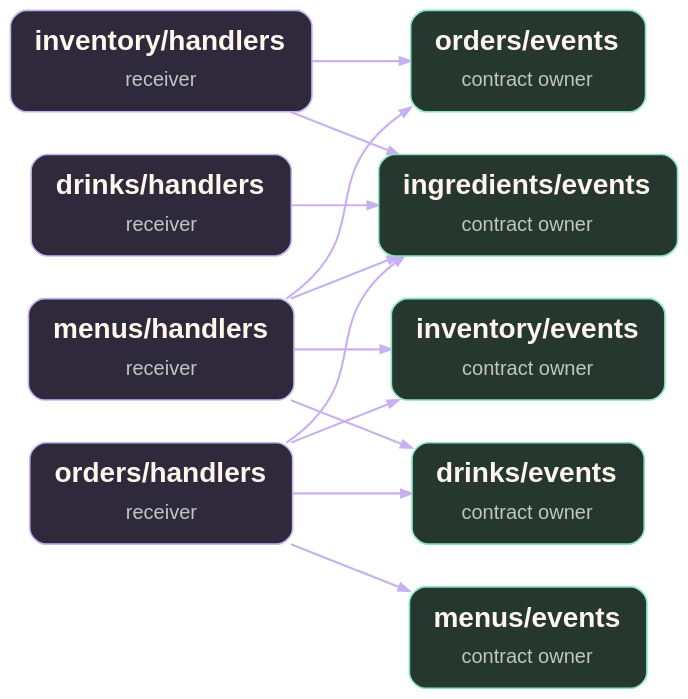
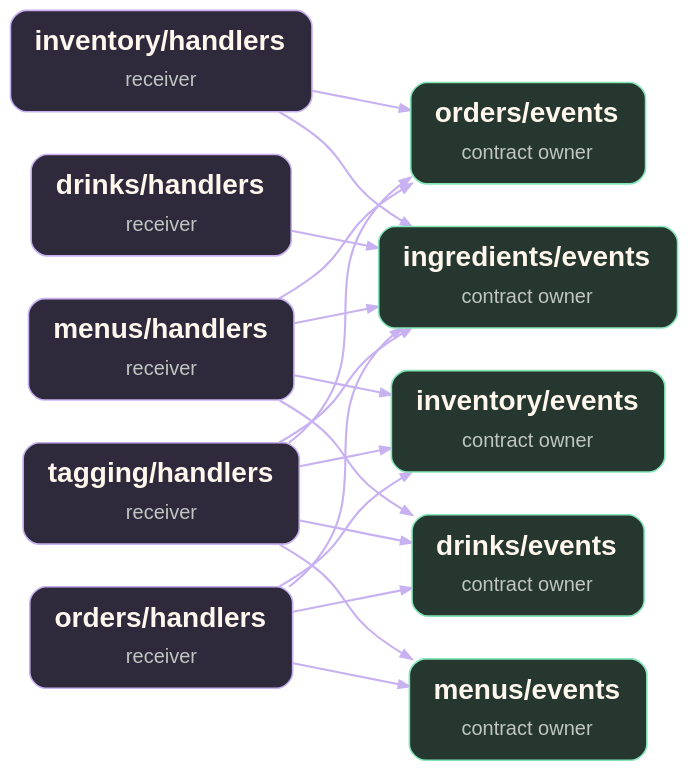
Before and after one commit to TheFellow/TheFellow.github.io: the diagram in assets/diagrams/explicit-architecture/08-event-imports.dot, drawn with Graphviz. The commit also changed 70 other files, not shown here.

```diff
--- a/assets/diagrams/explicit-architecture/08-event-imports.dot
+++ b/assets/diagrams/explicit-architecture/08-event-imports.dot
@@ -1,26 +1,32 @@
 digraph G {
 graph [bgcolor="transparent", rankdir=LR, pad=0.15, nodesep=0.45, ranksep=0.7, splines=spline, outputorder=edgesfirst];
 node [shape=box, style="rounded,filled", color="#466879", fillcolor="#21333e", fontcolor="#fff6ed", fontname="Arial", fontsize=21, margin="0.20,0.14", penwidth=1.2];
 edge [color="#c8b1f1", arrowsize=0.8, penwidth=1.6];
-"drinks_h" [label=<<TABLE BORDER="0" CELLBORDER="0" CELLSPACING="0" CELLPADDING="4"><TR><TD><B>drinks/handlers</B></TD></TR><TR><TD><FONT POINT-SIZE="15" COLOR="#c1c6c4">receiver</FONT></TD></TR></TABLE>>, fillcolor="#2e293b", color="#c8b1f1", URL="https://github.com/TheFellow/go-modular-monolith/blob/a7c2efda8c0cd905089a27060242ff841bb0ad41/app/domains/drinks/handlers", target="_blank"];
-"inventory_h" [label=<<TABLE BORDER="0" CELLBORDER="0" CELLSPACING="0" CELLPADDING="4"><TR><TD><B>inventory/handlers</B></TD></TR><TR><TD><FONT POINT-SIZE="15" COLOR="#c1c6c4">receiver</FONT></TD></TR></TABLE>>, fillcolor="#2e293b", color="#c8b1f1", URL="https://github.com/TheFellow/go-modular-monolith/blob/a7c2efda8c0cd905089a27060242ff841bb0ad41/app/domains/inventory/handlers", target="_blank"];
-"menus_h" [label=<<TABLE BORDER="0" CELLBORDER="0" CELLSPACING="0" CELLPADDING="4"><TR><TD><B>menus/handlers</B></TD></TR><TR><TD><FONT POINT-SIZE="15" COLOR="#c1c6c4">receiver</FONT></TD></TR></TABLE>>, fillcolor="#2e293b", color="#c8b1f1", URL="https://github.com/TheFellow/go-modular-monolith/blob/a7c2efda8c0cd905089a27060242ff841bb0ad41/app/domains/menus/handlers", target="_blank"];
-"orders_h" [label=<<TABLE BORDER="0" CELLBORDER="0" CELLSPACING="0" CELLPADDING="4"><TR><TD><B>orders/handlers</B></TD></TR><TR><TD><FONT POINT-SIZE="15" COLOR="#c1c6c4">receiver</FONT></TD></TR></TABLE>>, fillcolor="#2e293b", color="#c8b1f1", URL="https://github.com/TheFellow/go-modular-monolith/blob/a7c2efda8c0cd905089a27060242ff841bb0ad41/app/domains/orders/handlers", target="_blank"];
-"ingredients_e" [label=<<TABLE BORDER="0" CELLBORDER="0" CELLSPACING="0" CELLPADDING="4"><TR><TD><B>ingredients/events</B></TD></TR><TR><TD><FONT POINT-SIZE="15" COLOR="#c1c6c4">contract owner</FONT></TD></TR></TABLE>>, fillcolor="#25372e", color="#84e5b9", URL="https://github.com/TheFellow/go-modular-monolith/blob/a7c2efda8c0cd905089a27060242ff841bb0ad41/app/domains/ingredients/events", target="_blank"];
-"drinks_e" [label=<<TABLE BORDER="0" CELLBORDER="0" CELLSPACING="0" CELLPADDING="4"><TR><TD><B>drinks/events</B></TD></TR><TR><TD><FONT POINT-SIZE="15" COLOR="#c1c6c4">contract owner</FONT></TD></TR></TABLE>>, fillcolor="#25372e", color="#84e5b9", URL="https://github.com/TheFellow/go-modular-monolith/blob/a7c2efda8c0cd905089a27060242ff841bb0ad41/app/domains/drinks/events", target="_blank"];
-"inventory_e" [label=<<TABLE BORDER="0" CELLBORDER="0" CELLSPACING="0" CELLPADDING="4"><TR><TD><B>inventory/events</B></TD></TR><TR><TD><FONT POINT-SIZE="15" COLOR="#c1c6c4">contract owner</FONT></TD></TR></TABLE>>, fillcolor="#25372e", color="#84e5b9", URL="https://github.com/TheFellow/go-modular-monolith/blob/a7c2efda8c0cd905089a27060242ff841bb0ad41/app/domains/inventory/events", target="_blank"];
-"menus_e" [label=<<TABLE BORDER="0" CELLBORDER="0" CELLSPACING="0" CELLPADDING="4"><TR><TD><B>menus/events</B></TD></TR><TR><TD><FONT POINT-SIZE="15" COLOR="#c1c6c4">contract owner</FONT></TD></TR></TABLE>>, fillcolor="#25372e", color="#84e5b9", URL="https://github.com/TheFellow/go-modular-monolith/blob/a7c2efda8c0cd905089a27060242ff841bb0ad41/app/domains/menus/events", target="_blank"];
-"orders_e" [label=<<TABLE BORDER="0" CELLBORDER="0" CELLSPACING="0" CELLPADDING="4"><TR><TD><B>orders/events</B></TD></TR><TR><TD><FONT POINT-SIZE="15" COLOR="#c1c6c4">contract owner</FONT></TD></TR></TABLE>>, fillcolor="#25372e", color="#84e5b9", URL="https://github.com/TheFellow/go-modular-monolith/blob/a7c2efda8c0cd905089a27060242ff841bb0ad41/app/domains/orders/events", target="_blank"];
+"drinks_h" [label=<<TABLE BORDER="0" CELLBORDER="0" CELLSPACING="0" CELLPADDING="4"><TR><TD><B>drinks/handlers</B></TD></TR><TR><TD><FONT POINT-SIZE="15" COLOR="#c1c6c4">receiver</FONT></TD></TR></TABLE>>, fillcolor="#2e293b", color="#c8b1f1", URL="https://github.com/TheFellow/go-modular-monolith/blob/0d5e64b0455f7a5c96d4afada64654a5fdbb9a2c/app/domains/drinks/handlers", target="_blank"];
+"inventory_h" [label=<<TABLE BORDER="0" CELLBORDER="0" CELLSPACING="0" CELLPADDING="4"><TR><TD><B>inventory/handlers</B></TD></TR><TR><TD><FONT POINT-SIZE="15" COLOR="#c1c6c4">receiver</FONT></TD></TR></TABLE>>, fillcolor="#2e293b", color="#c8b1f1", URL="https://github.com/TheFellow/go-modular-monolith/blob/0d5e64b0455f7a5c96d4afada64654a5fdbb9a2c/app/domains/inventory/handlers", target="_blank"];
+"menus_h" [label=<<TABLE BORDER="0" CELLBORDER="0" CELLSPACING="0" CELLPADDING="4"><TR><TD><B>menus/handlers</B></TD></TR><TR><TD><FONT POINT-SIZE="15" COLOR="#c1c6c4">receiver</FONT></TD></TR></TABLE>>, fillcolor="#2e293b", color="#c8b1f1", URL="https://github.com/TheFellow/go-modular-monolith/blob/0d5e64b0455f7a5c96d4afada64654a5fdbb9a2c/app/domains/menus/handlers", target="_blank"];
+"orders_h" [label=<<TABLE BORDER="0" CELLBORDER="0" CELLSPACING="0" CELLPADDING="4"><TR><TD><B>orders/handlers</B></TD></TR><TR><TD><FONT POINT-SIZE="15" COLOR="#c1c6c4">receiver</FONT></TD></TR></TABLE>>, fillcolor="#2e293b", color="#c8b1f1", URL="https://github.com/TheFellow/go-modular-monolith/blob/0d5e64b0455f7a5c96d4afada64654a5fdbb9a2c/app/domains/orders/handlers", target="_blank"];
+"tagging_h" [label=<<TABLE BORDER="0" CELLBORDER="0" CELLSPACING="0" CELLPADDING="4"><TR><TD><B>tagging/handlers</B></TD></TR><TR><TD><FONT POINT-SIZE="15" COLOR="#c1c6c4">receiver</FONT></TD></TR></TABLE>>, fillcolor="#2e293b", color="#c8b1f1", URL="https://github.com/TheFellow/go-modular-monolith/blob/0d5e64b0455f7a5c96d4afada64654a5fdbb9a2c/app/domains/tagging/handlers", target="_blank"];
+"ingredients_e" [label=<<TABLE BORDER="0" CELLBORDER="0" CELLSPACING="0" CELLPADDING="4"><TR><TD><B>ingredients/events</B></TD></TR><TR><TD><FONT POINT-SIZE="15" COLOR="#c1c6c4">contract owner</FONT></TD></TR></TABLE>>, fillcolor="#25372e", color="#84e5b9", URL="https://github.com/TheFellow/go-modular-monolith/blob/0d5e64b0455f7a5c96d4afada64654a5fdbb9a2c/app/domains/ingredients/events", target="_blank"];
+"drinks_e" [label=<<TABLE BORDER="0" CELLBORDER="0" CELLSPACING="0" CELLPADDING="4"><TR><TD><B>drinks/events</B></TD></TR><TR><TD><FONT POINT-SIZE="15" COLOR="#c1c6c4">contract owner</FONT></TD></TR></TABLE>>, fillcolor="#25372e", color="#84e5b9", URL="https://github.com/TheFellow/go-modular-monolith/blob/0d5e64b0455f7a5c96d4afada64654a5fdbb9a2c/app/domains/drinks/events", target="_blank"];
+"inventory_e" [label=<<TABLE BORDER="0" CELLBORDER="0" CELLSPACING="0" CELLPADDING="4"><TR><TD><B>inventory/events</B></TD></TR><TR><TD><FONT POINT-SIZE="15" COLOR="#c1c6c4">contract owner</FONT></TD></TR></TABLE>>, fillcolor="#25372e", color="#84e5b9", URL="https://github.com/TheFellow/go-modular-monolith/blob/0d5e64b0455f7a5c96d4afada64654a5fdbb9a2c/app/domains/inventory/events", target="_blank"];
+"menus_e" [label=<<TABLE BORDER="0" CELLBORDER="0" CELLSPACING="0" CELLPADDING="4"><TR><TD><B>menus/events</B></TD></TR><TR><TD><FONT POINT-SIZE="15" COLOR="#c1c6c4">contract owner</FONT></TD></TR></TABLE>>, fillcolor="#25372e", color="#84e5b9", URL="https://github.com/TheFellow/go-modular-monolith/blob/0d5e64b0455f7a5c96d4afada64654a5fdbb9a2c/app/domains/menus/events", target="_blank"];
+"orders_e" [label=<<TABLE BORDER="0" CELLBORDER="0" CELLSPACING="0" CELLPADDING="4"><TR><TD><B>orders/events</B></TD></TR><TR><TD><FONT POINT-SIZE="15" COLOR="#c1c6c4">contract owner</FONT></TD></TR></TABLE>>, fillcolor="#25372e", color="#84e5b9", URL="https://github.com/TheFellow/go-modular-monolith/blob/0d5e64b0455f7a5c96d4afada64654a5fdbb9a2c/app/domains/orders/events", target="_blank"];
 "drinks_h" -> "ingredients_e";
 "inventory_h" -> "ingredients_e";
 "inventory_h" -> "orders_e";
 "menus_h" -> "drinks_e";
 "menus_h" -> "ingredients_e";
 "menus_h" -> "inventory_e";
 "menus_h" -> "orders_e";
 "orders_h" -> "drinks_e";
 "orders_h" -> "ingredients_e";
 "orders_h" -> "inventory_e";
 "orders_h" -> "menus_e";
+"tagging_h" -> "drinks_e";
+"tagging_h" -> "ingredients_e";
+"tagging_h" -> "inventory_e";
+"tagging_h" -> "menus_e";
+"tagging_h" -> "orders_e";
 
 }
```
